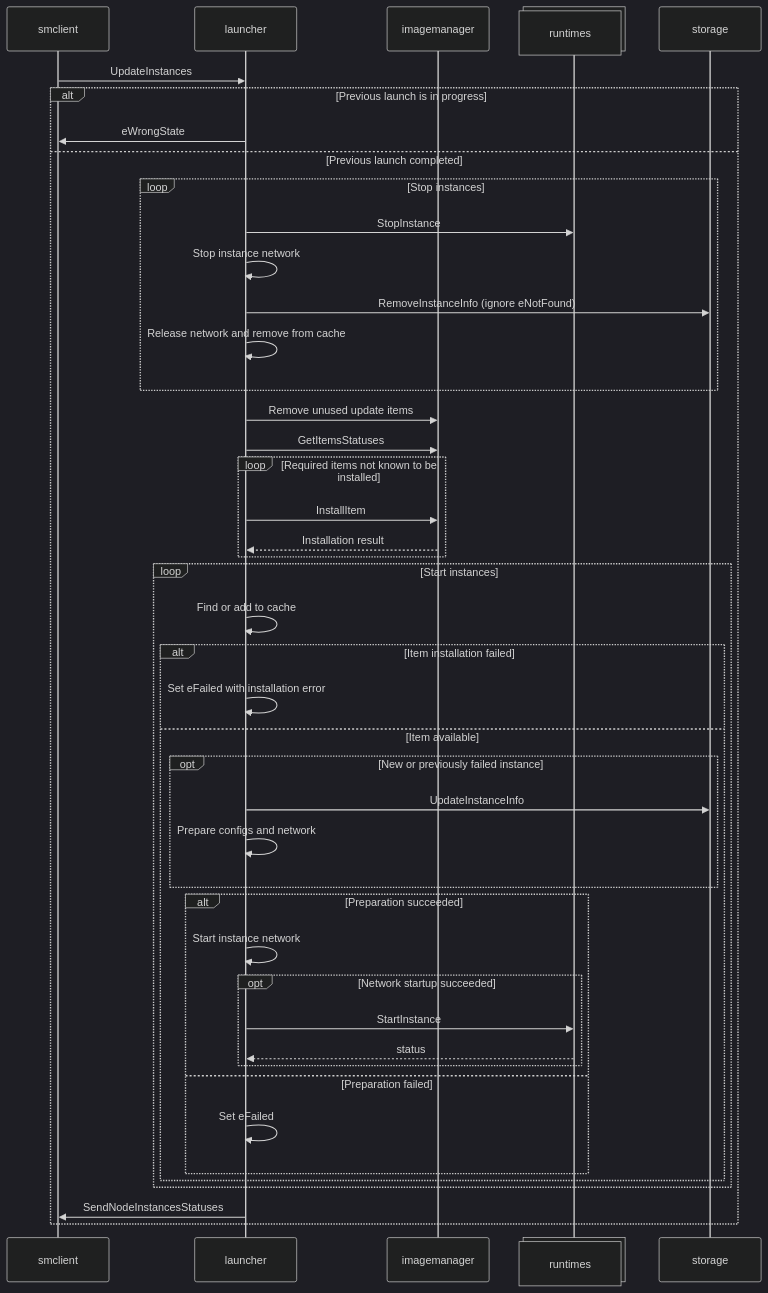
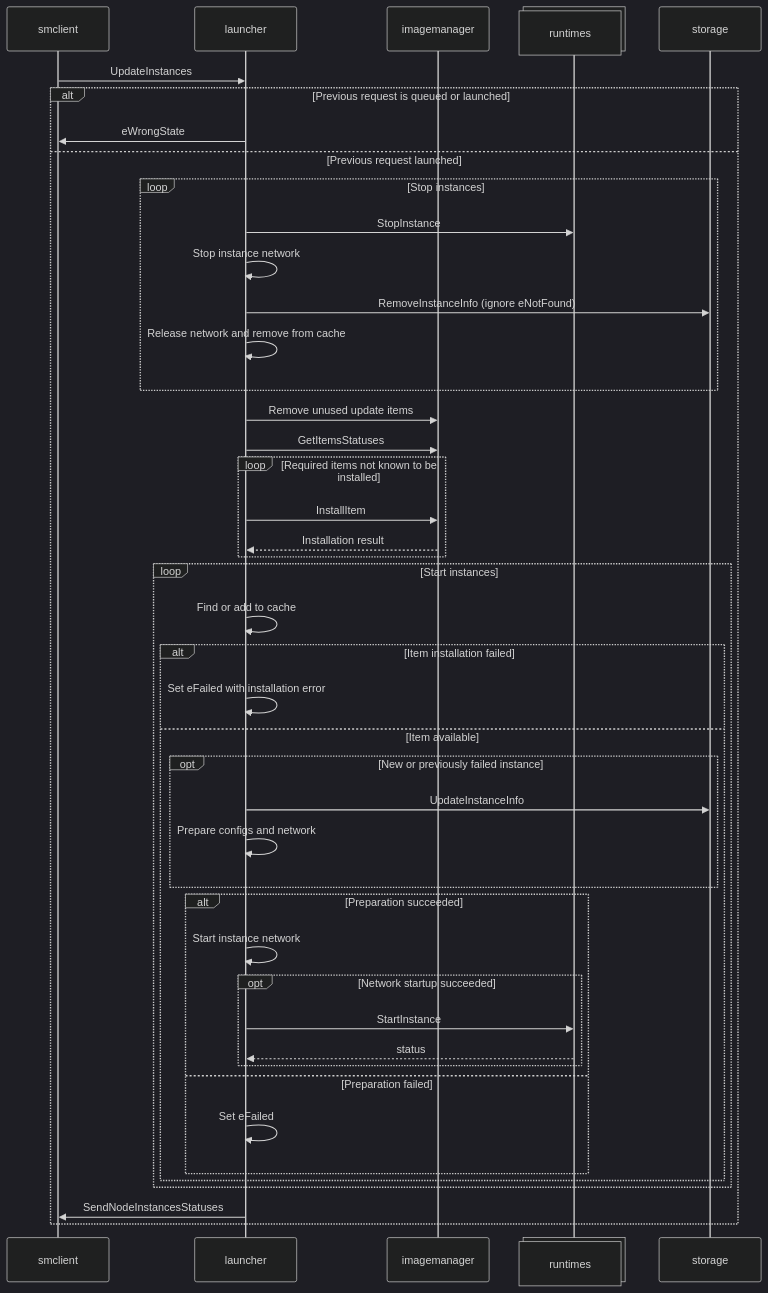
One commit to aosedge/aos_core_lib_cpp changed the third of 3 diagrams in src/core/sm/launcher/launcher.md. Above: the diagram before and after it, drawn with Mermaid (dark theme). The commit also changed other lines of this file and 16 other files, not shown here.

````diff
--- a/src/core/sm/launcher/launcher.md
+++ b/src/core/sm/launcher/launcher.md
@@ -234,49 +270,49 @@
 ```mermaid
 sequenceDiagram
     participant smclient
     participant launcher
     participant imagemanager
     participant runtimes@{ "type" : "collections" }
     participant storage
 
     smclient ->> launcher: UpdateInstances
-    alt Previous launch is in progress
+    alt Previous request is queued or launched
         launcher ->> smclient: eWrongState
-    else Previous launch completed
+    else Previous request launched
         loop Stop instances
             launcher ->> runtimes: StopInstance
             launcher ->> launcher: Stop instance network
             launcher ->> storage: RemoveInstanceInfo (ignore eNotFound)
             launcher ->> launcher: Release network and remove from cache
         end
 
         launcher ->> imagemanager: Remove unused update items
         launcher ->> imagemanager: GetItemsStatuses
         loop Required items not known to be installed
             launcher ->> imagemanager: InstallItem
             imagemanager -->> launcher: Installation result
         end
 
         loop Start instances
             launcher ->> launcher: Find or add to cache
             alt Item installation failed
                 launcher ->> launcher: Set eFailed with installation error
             else Item available
                 opt New or previously failed instance
                     launcher ->> storage: UpdateInstanceInfo
                     launcher ->> launcher: Prepare configs and network
                 end
                 alt Preparation succeeded
                     launcher ->> launcher: Start instance network
                     opt Network startup succeeded
                         launcher ->> runtimes: StartInstance
                         runtimes -->> launcher: status
                     end
                 else Preparation failed
                     launcher ->> launcher: Set eFailed
                 end
             end
         end
         launcher ->> smclient: SendNodeInstancesStatuses
     end
 ```
````
